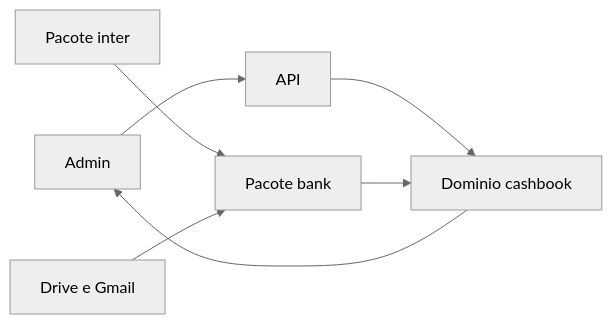
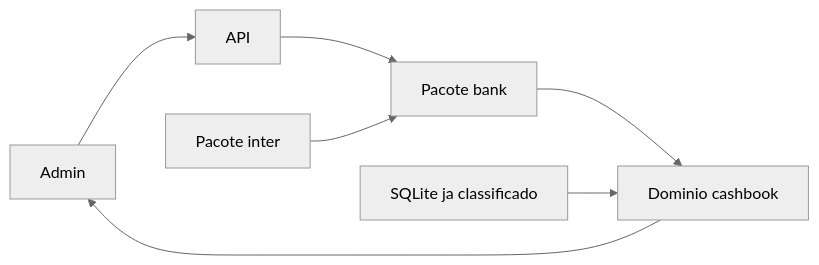
Before and after one commit to wmreis-labs/airtestto-docs: the diagram in docs/mudancas/design/2026-09-27-caixa-cashbook.md, drawn with Mermaid (neutral theme). The commit also changed other lines of this file and 1 other file, not shown here.

Commit message:
docs: descrever o contrato da fase 1 no cashbook

````diff
--- a/docs/mudancas/design/2026-09-27-caixa-cashbook.md
+++ b/docs/mudancas/design/2026-09-27-caixa-cashbook.md
@@ -18,16 +18,16 @@
 ```mermaid
 flowchart LR
   admin[Admin]
   api[API]
   inter[Pacote inter]
   bank[Pacote bank]
   cashbook[Dominio cashbook]
-  inbox[Drive e Gmail]
+  sqlite[SQLite ja classificado]
 
   admin --> api
-  api --> cashbook
+  api --> bank
   inter --> bank
-  inbox --> bank
   bank --> cashbook
+  sqlite --> cashbook
   cashbook --> admin
 ```
````
